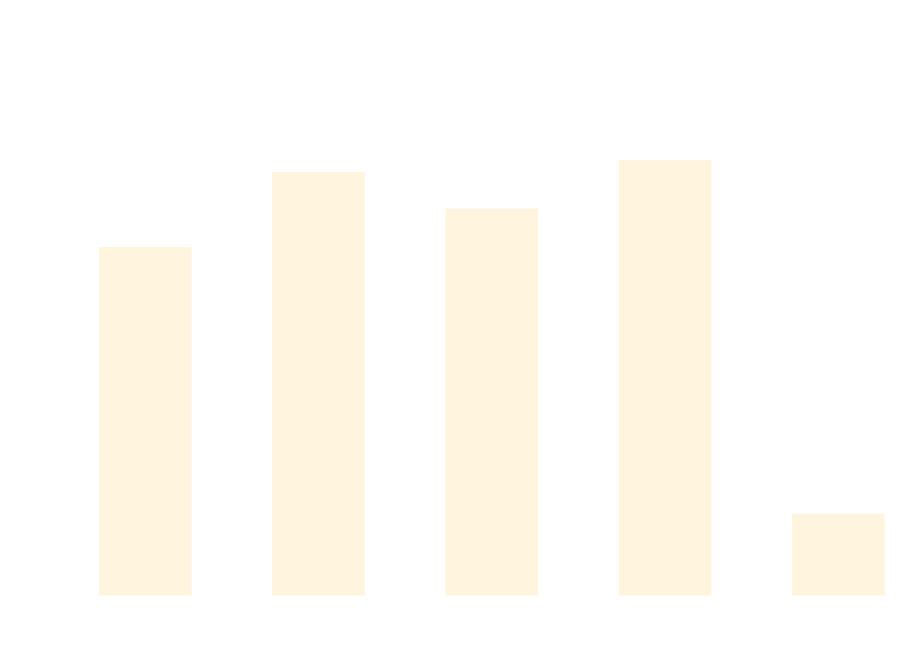
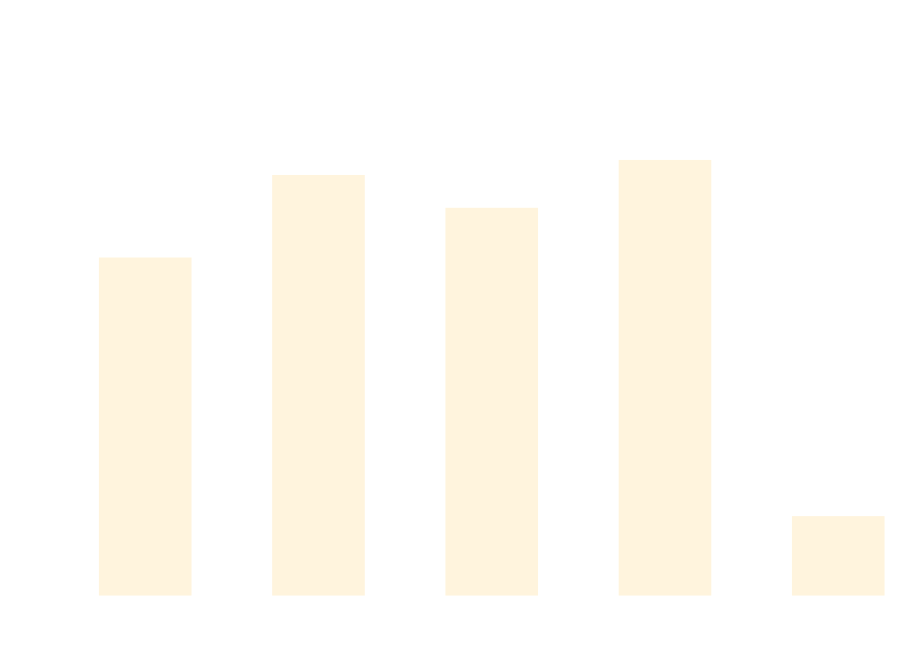
One commit to thomhurst/TUnit changed the diagram in docs/docs/benchmarks/AsyncTests.md. Above: the diagram before and after it, drawn with Mermaid. The commit also changed other lines of this file and 17 other files, not shown here.

````diff
--- a/docs/docs/benchmarks/AsyncTests.md
+++ b/docs/docs/benchmarks/AsyncTests.md
@@ -27,37 +27,37 @@
 ```mermaid
 %%{init: {
   'theme':'base',
   'themeVariables': {
     'primaryColor': '#2563eb',
     'primaryTextColor': '#ffffff',
     'primaryBorderColor': '#1e40af',
     'lineColor': '#6b7280',
     'secondaryColor': '#7c3aed',
     'tertiaryColor': '#dc2626',
     'background': '#ffffff',
     'mainBkg': '#2563eb',
     'secondBkg': '#7c3aed',
     'tertiaryBkg': '#dc2626',
     'clusterBkg': '#f3f4f6',
     'edgeLabelBackground': '#ffffff',
     'tertiaryTextColor': '#1f2937',
     'pie1': '#2563eb',
     'pie2': '#7c3aed',
     'pie3': '#dc2626',
     'pie4': '#f59e0b',
     'pie5': '#10b981',
     'pie6': '#06b6d4',
     'pie7': '#ec4899',
     'pie8': '#6366f1',
     'pie9': '#84cc16',
     'pie10': '#f97316',
     'pie11': '#14b8a6',
     'pie12': '#a855f7'
   }
 }}%%
 xychart-beta
   title "AsyncTests Performance Comparison"
   x-axis ["TUnit", "NUnit", "MSTest", "xUnit3", "TUnit_AOT"]
-  y-axis "Time (ms)" 0 --> 881
-  bar [583.4, 713, 650.1, 733.8, 123.9]
+  y-axis "Time (ms)" 0 --> 921
+  bar [591.3, 740, 680.9, 767.1, 125.4]
 ```
````
